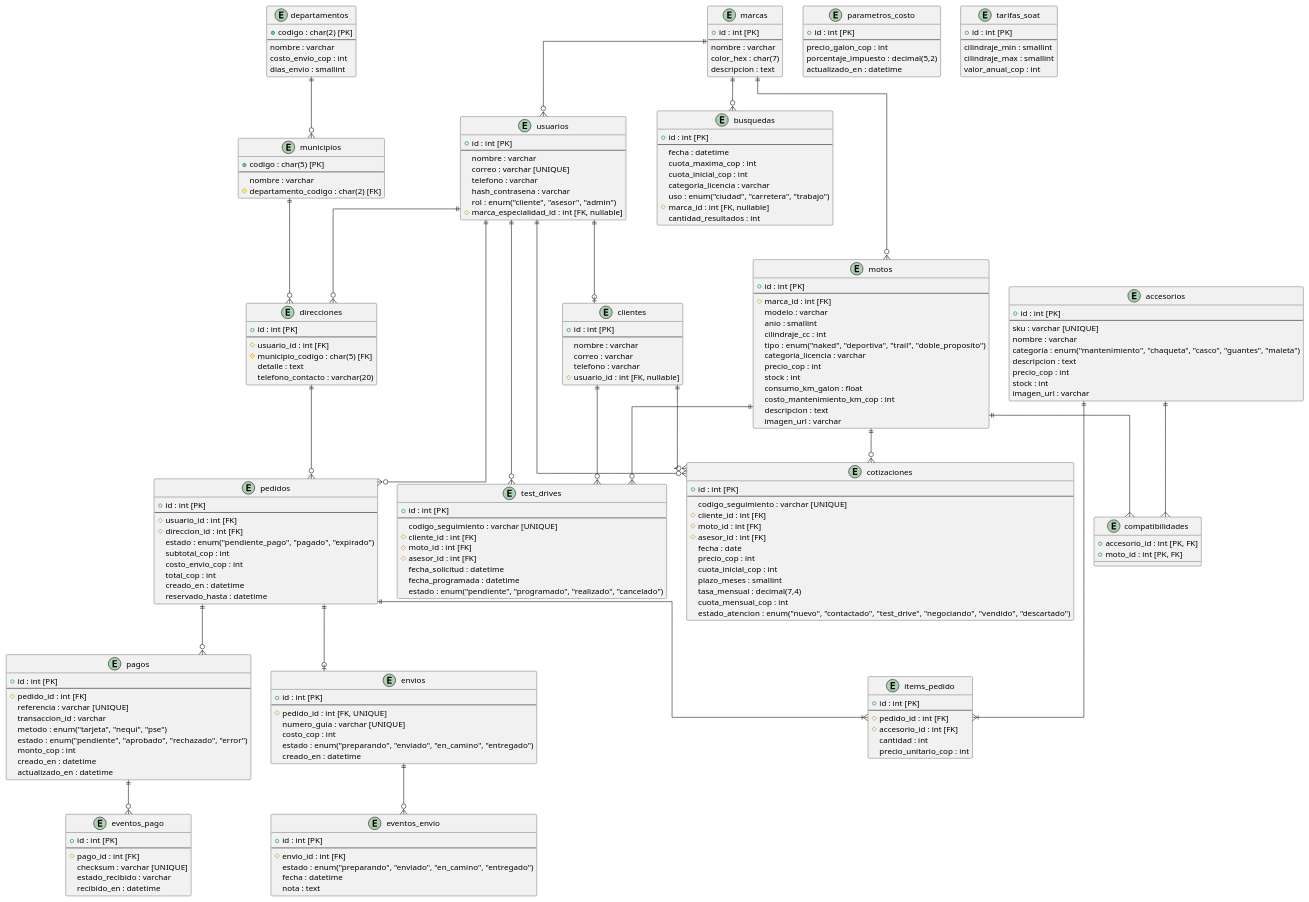
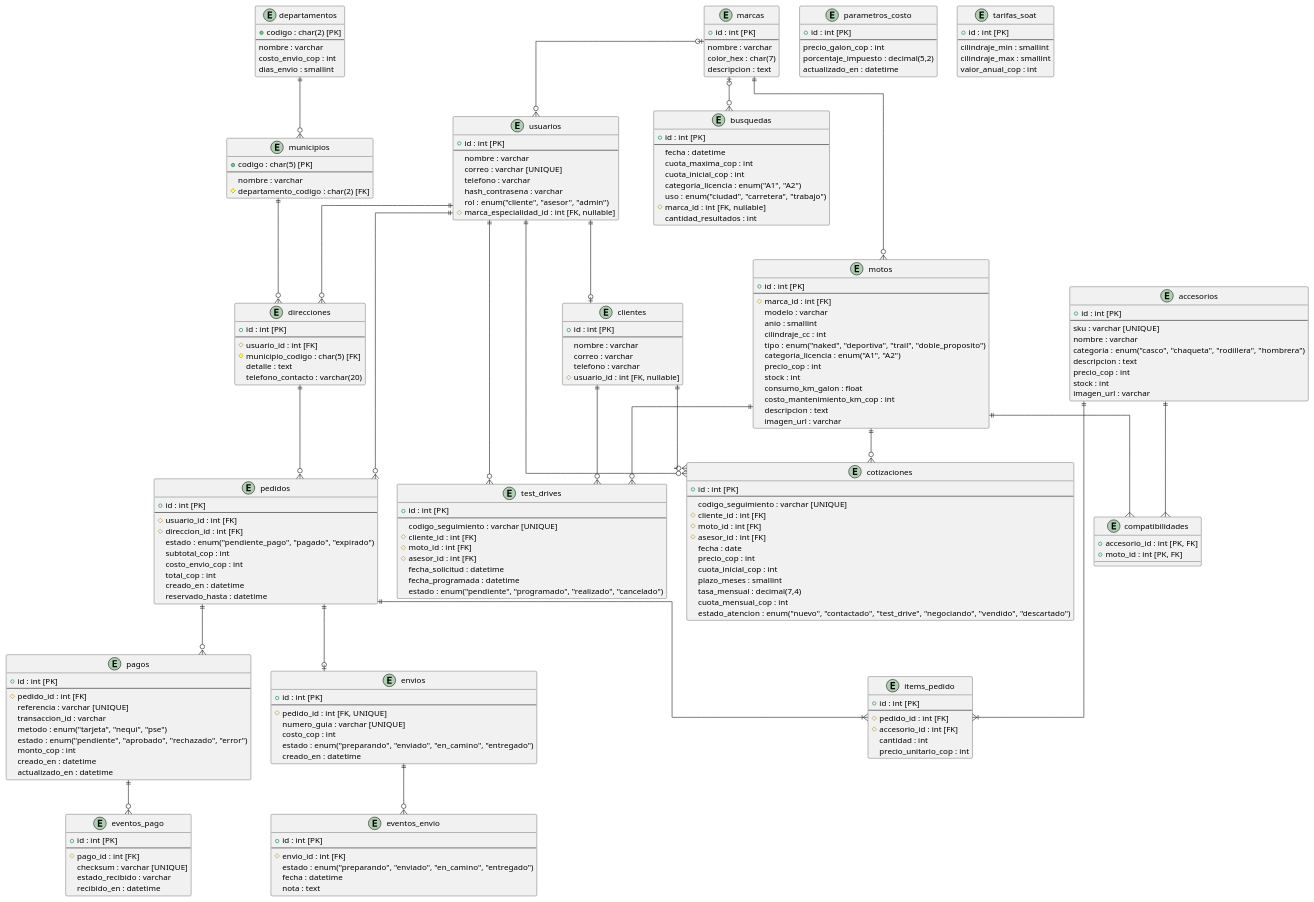
One commit to Andresg9805/concesionario-motos changed the diagram in docs/uml/fuentes/modelo-logico-relacional.puml. Above: the diagram before and after it, drawn with PlantUML. The commit also changed 1 other file, not shown here.

Commit message:
fix(bd): categorias de accesorios, licencia como enum y marca opcional
Claude-Session: https://claude.ai/code/session_01WTkYtARaewf9iULfDwPXDh

```diff
--- a/docs/uml/fuentes/modelo-logico-relacional.puml
+++ b/docs/uml/fuentes/modelo-logico-relacional.puml
@@ -17,7 +17,7 @@
   anio : smallint
   cilindraje_cc : int
   tipo : enum("naked", "deportiva", "trail", "doble_proposito")
-  categoria_licencia : varchar
+  categoria_licencia : enum("A1", "A2")
   precio_cop : int
   stock : int
   consumo_km_galon : float
@@ -48,7 +48,7 @@
   fecha : datetime
   cuota_maxima_cop : int
   cuota_inicial_cop : int
-  categoria_licencia : varchar
+  categoria_licencia : enum("A1", "A2")
   uso : enum("ciudad", "carretera", "trabajo")
   # marca_id : int [FK, nullable]
   cantidad_resultados : int
@@ -107,7 +107,7 @@
   --
   sku : varchar [UNIQUE]
   nombre : varchar
-  categoria : enum("mantenimiento", "chaqueta", "casco", "guantes", "maleta")
+  categoria : enum("casco", "chaqueta", "rodillera", "hombrera")
   descripcion : text
   precio_cop : int
   stock : int
@@ -209,8 +209,8 @@
 ' Relaciones
 
 marcas ||--o{ motos
-marcas ||--o{ busquedas
-marcas ||--o{ usuarios
+marcas |o--o{ busquedas
+marcas |o--o{ usuarios
 
 motos ||--o{ cotizaciones
 motos ||--o{ test_drives
```
